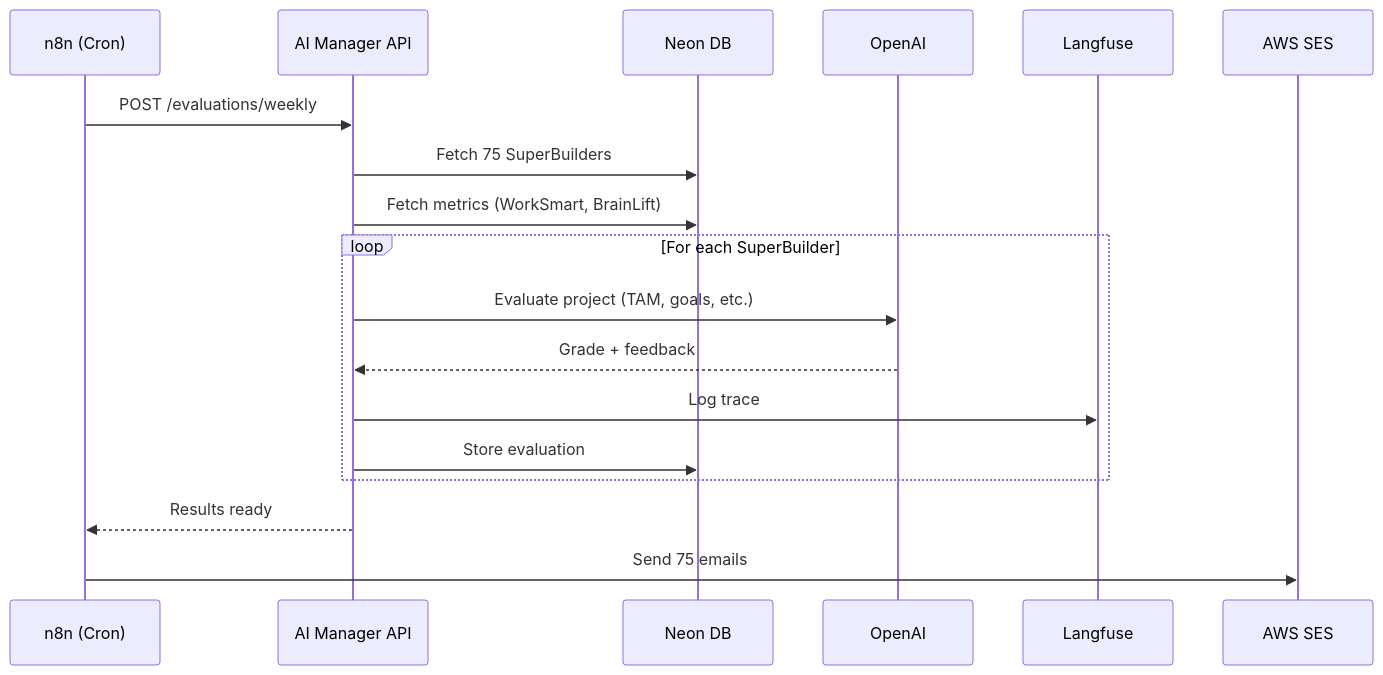
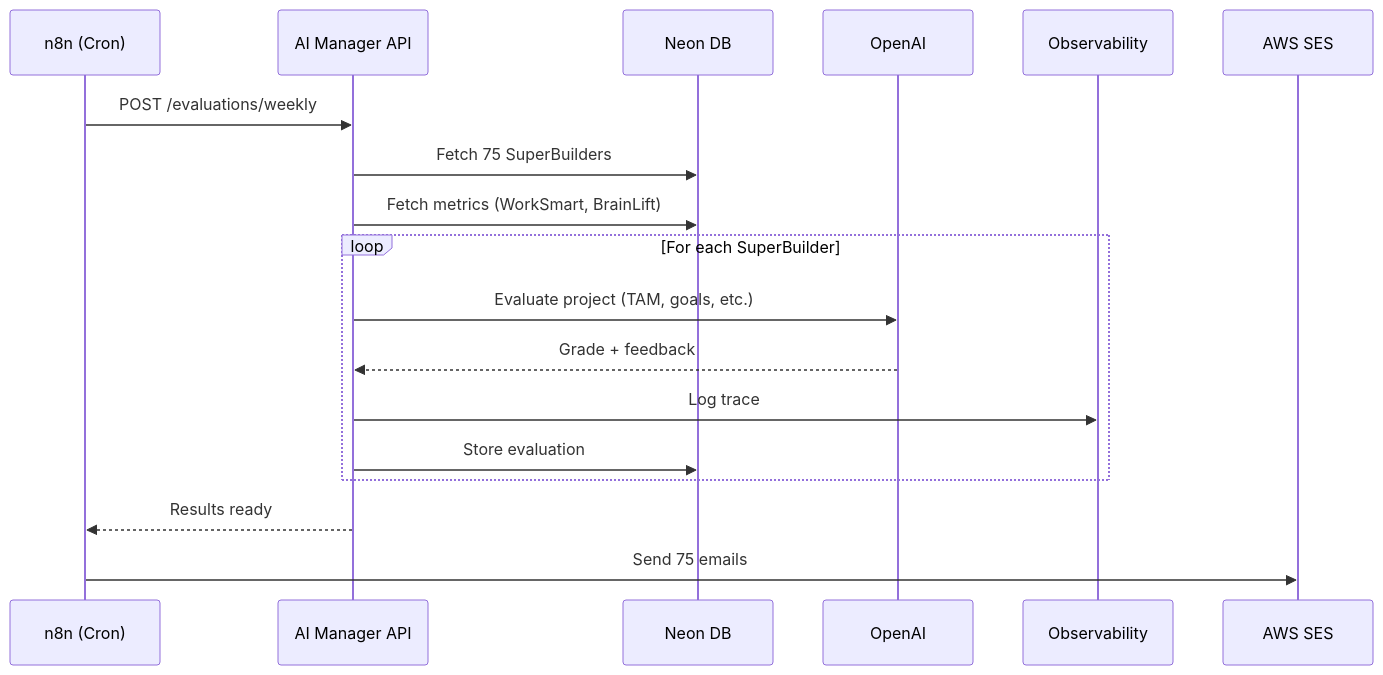
Before and after one commit to atambopatrick/AI-manager-architecture: the second of 4 diagrams in level-2-overview.md, drawn with Mermaid. The commit also changed other lines of this file, not shown here.

````diff
--- a/level-2-overview.md
+++ b/level-2-overview.md
@@ -415,23 +517,23 @@
 ```mermaid
 sequenceDiagram
     participant CRON as n8n (Cron)
     participant API as AI Manager API
     participant DB as Neon DB
     participant LLM as OpenAI
-    participant LF as Langfuse
+    participant OBS as Observability
     participant SES as AWS SES
     
     CRON->>API: POST /evaluations/weekly
     API->>DB: Fetch 75 SuperBuilders
     API->>DB: Fetch metrics (WorkSmart, BrainLift)
     
     loop For each SuperBuilder
         API->>LLM: Evaluate project (TAM, goals, etc.)
         LLM-->>API: Grade + feedback
-        API->>LF: Log trace
+        API->>OBS: Log trace
         API->>DB: Store evaluation
     end
     
     API-->>CRON: Results ready
     CRON->>SES: Send 75 emails
 ```
````
